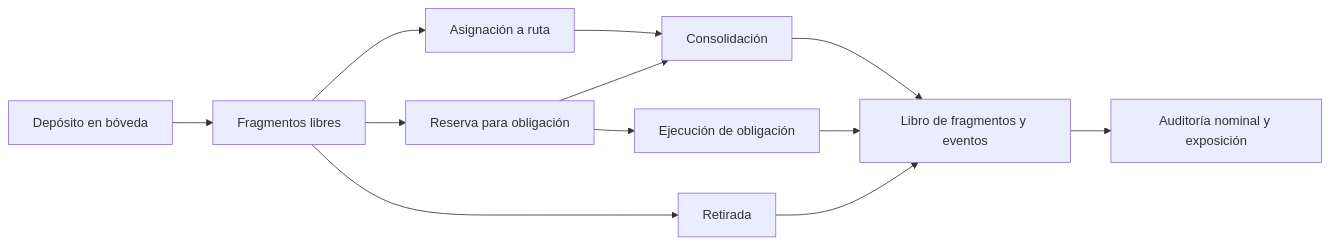
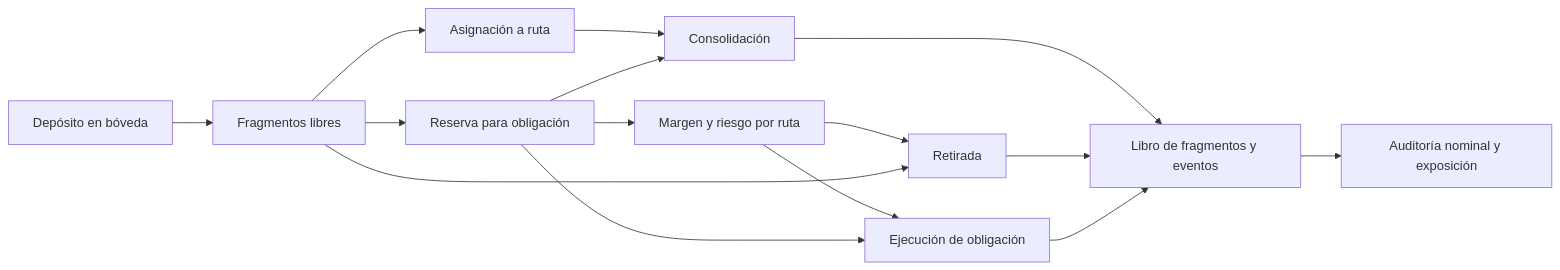
One commit to SolguardLabs/MosaicDTL changed the diagram in README.md. Above: the diagram before and after it, drawn with Mermaid. The commit also changed other lines of this file and 29 other files, not shown here.

````diff
--- a/README.md
+++ b/README.md
@@ -9,14 +9,17 @@
 ```mermaid
 flowchart LR
   D[Depósito en bóveda] --> F[Fragmentos libres]
   F --> A[Asignación a ruta]
   F --> R[Reserva para obligación]
   A --> C[Consolidación]
   R --> C
+  R --> M[Margen y riesgo por ruta]
+  M --> W
+  M --> E
   F --> W[Retirada]
   R --> E[Ejecución de obligación]
   C --> L[Libro de fragmentos y eventos]
   W --> L
   E --> L
   L --> Q[Auditoría nominal y exposición]
 ```
````
